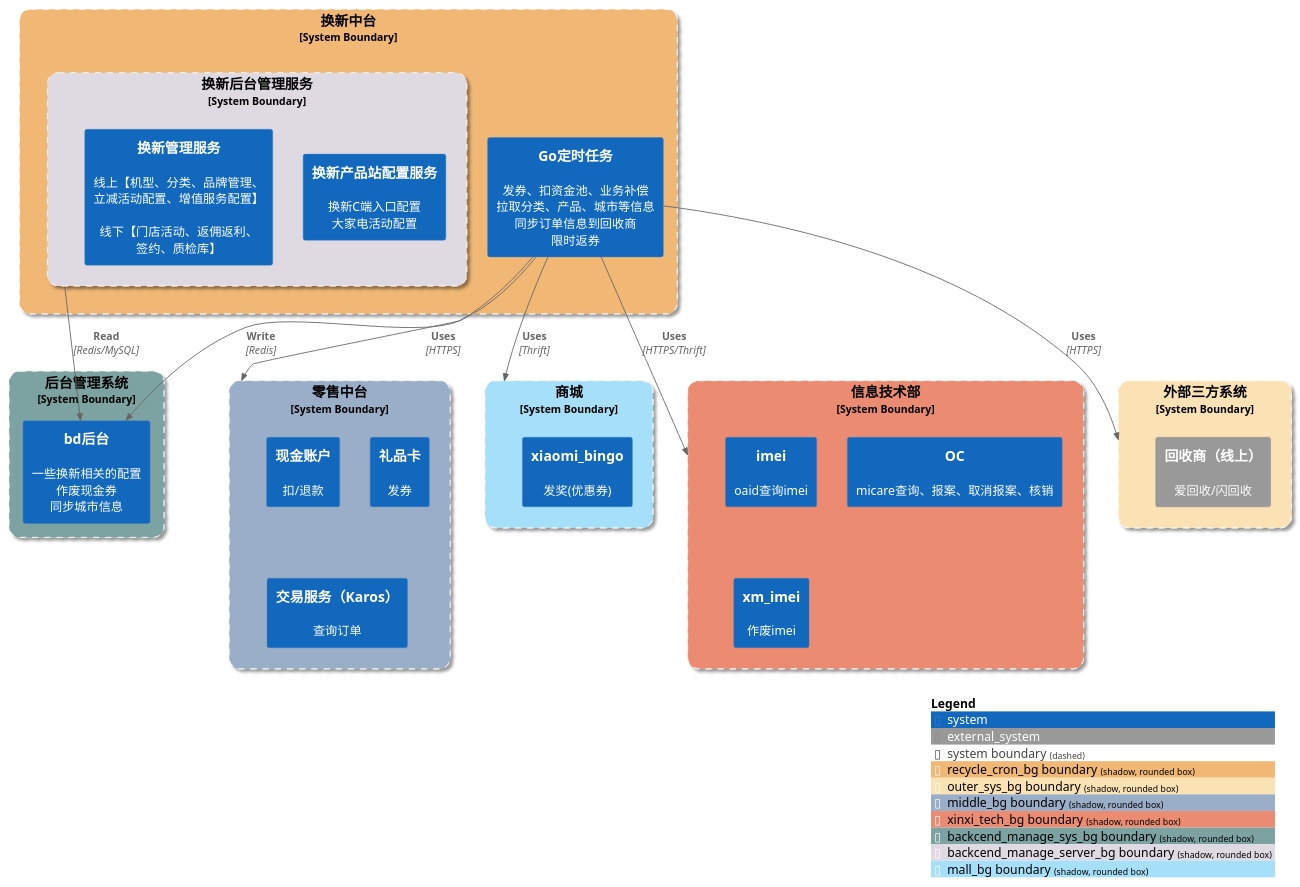
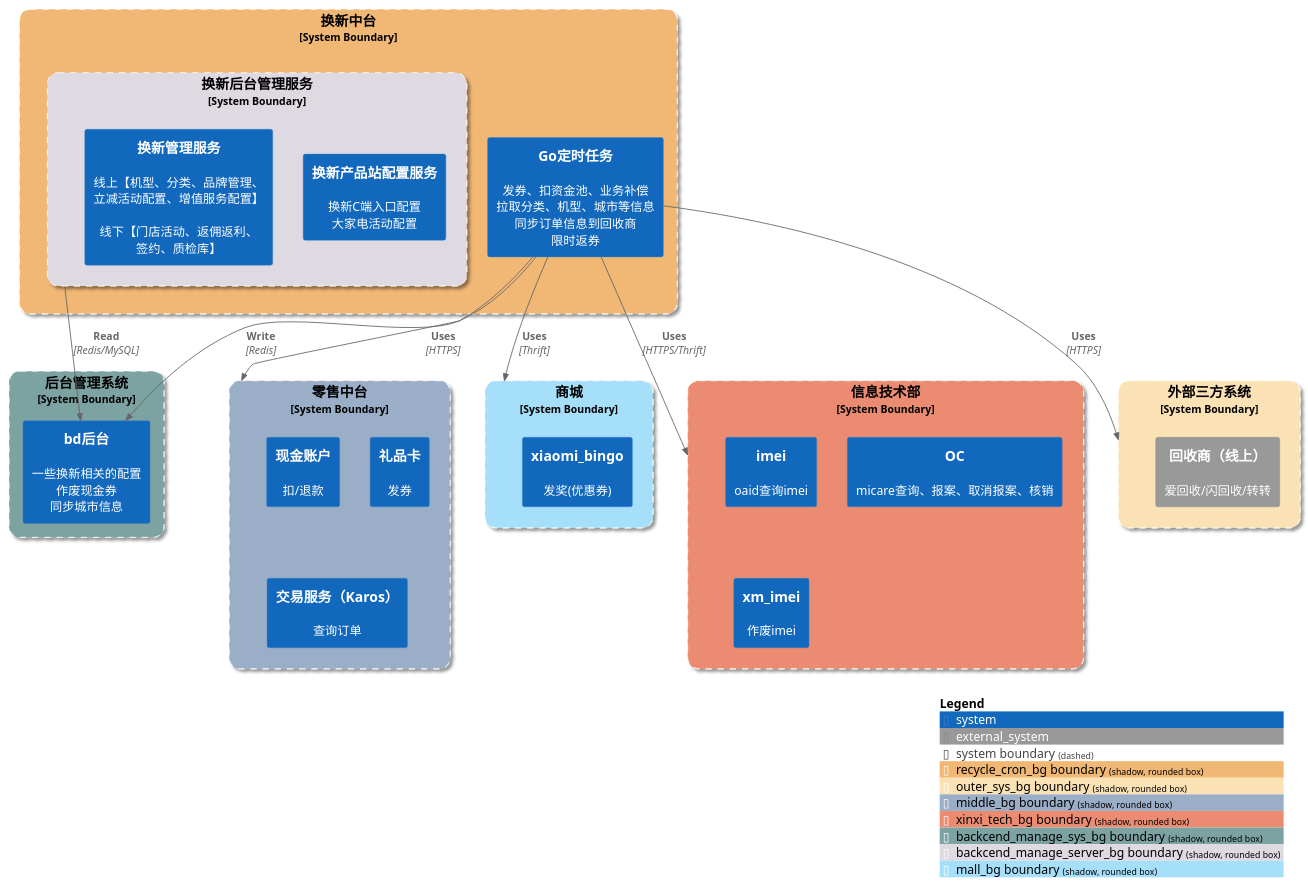
One commit to HanyuKing/learn-jdk changed the diagram in src/main/java/uml/recycle/cron/Mishop_Recycle_Crond_System_Context.puml. Above: the diagram before and after it, drawn with PlantUML. The commit also changed 6 other files, not shown here.

Commit message:
Mishop_Recycle_Conf_Container.puml

```diff
--- a/src/main/java/uml/recycle/cron/Mishop_Recycle_Crond_System_Context.puml
+++ b/src/main/java/uml/recycle/cron/Mishop_Recycle_Crond_System_Context.puml
@@ -1,52 +1,52 @@
 @startuml
-!include https://raw.githubusercontent.com/plantuml-stdlib/C4-PlantUML/master/C4_Container.puml
+!include ../../C4_Container.puml
 
 AddBoundaryTag("recycle_cron_bg", $bgColor="#F0B775", $fontColor="black", $borderColor="white", $shadowing="true", $shape = RoundedBoxShape(), $type="System Boundary")
 AddBoundaryTag("outer_sys_bg", $bgColor="#fbe2b4", $fontColor="black", $borderColor="white", $shadowing="true", $shape = RoundedBoxShape(), $type="System Boundary")
 AddBoundaryTag("middle_bg", $bgColor="#9baec8", $fontColor="black", $borderColor="white", $shadowing="true", $shape = RoundedBoxShape(), $type="System Boundary")
 AddBoundaryTag("xinxi_tech_bg", $bgColor="#eb8b71", $fontColor="black", $borderColor="white", $shadowing="true", $shape = RoundedBoxShape(), $type="System Boundary")
 AddBoundaryTag("backcend_manage_sys_bg", $bgColor="#7ca2a1", $fontColor="black", $borderColor="white", $shadowing="true", $shape = RoundedBoxShape(), $type="System Boundary")
 AddBoundaryTag("backcend_manage_server_bg", $bgColor="#DFD9E2", $fontColor="black", $borderColor="white", $shadowing="true", $shape = RoundedBoxShape(), $type="System Boundary")
 AddBoundaryTag("mall_bg", $bgColor="#a5dff9", $fontColor="black", $borderColor="white", $shadowing="true", $shape = RoundedBoxShape(), $type="System Boundary")
 
 System_Boundary(recycle_middle, "换新中台", $tags="recycle_cron_bg") {
-    System(mishop_recycle_crond, "Go定时任务", "发券、扣资金池、业务补偿\n拉取分类、产品、城市等信息\n同步订单信息到回收商\n限时返券")
+    System(mishop_recycle_crond, "Go定时任务", "发券、扣资金池、业务补偿\n拉取分类、机型、城市等信息\n同步订单信息到回收商\n限时返券")
     System_Boundary(recycle_management_server, "换新后台管理服务", $tags="backcend_manage_server_bg") {
         System(mishop_recycleconf, "换新产品站配置服务", "换新C端入口配置\n大家电活动配置")
         System(recycle_management, "换新管理服务", "线上【机型、分类、品牌管理、\n立减活动配置、增值服务配置】\n\n线下【门店活动、返佣返利、\n签约、质检库】")
     }
 }
 
 System_Boundary(recycle_management_backend_sys, "后台管理系统", $tags="backcend_manage_sys_bg") {
     System(bd_backend, "bd后台", "一些换新相关的配置\n作废现金券\n同步城市信息")
 }
 
 System_Boundary(middle, "零售中台", $tags="middle_bg") {
     System(cash_account, "现金账户", "扣/退款")
     System(ecard, "礼品卡", "发券")
     System(karos, "交易服务（Karos）", "查询订单")
 }
 
 System_Boundary(mall, "商城", $tags="mall_bg") {
     System(xiaomi_bingo, "xiaomi_bingo", "发奖(优惠券)")
 }
 
 System_Boundary(xinxi_tech, "信息技术部", $tags="xinxi_tech_bg") {
     System(imei, "imei", "oaid查询imei")
     System(OC, "OC", "micare查询、报案、取消报案、核销")
     System(xm_imei, "xm_imei", "作废imei")
 }
 
 System_Boundary(ouer_sys_to, "外部三方系统", $tags="outer_sys_bg") {
-    System_Ext(recycler, "回收商（线上）", "爱回收/闪回收")
+    System_Ext(recycler, "回收商（线上）", "爱回收/闪回收/转转")
 }
 
 Rel(mishop_recycle_crond, ouer_sys_to, "Uses", "HTTPS")
 Rel(mishop_recycle_crond, xinxi_tech, "Uses", "HTTPS/Thrift")
 Rel(mishop_recycle_crond, middle, "Uses", "HTTPS")
 Rel(mishop_recycle_crond, mall, "Uses", "Thrift")
 Rel(mishop_recycle_crond, bd_backend, "Write", "Redis")
 Rel(recycle_management_server, bd_backend, "Read", "Redis/MySQL")
 
 SHOW_LEGEND()
 @enduml
```
